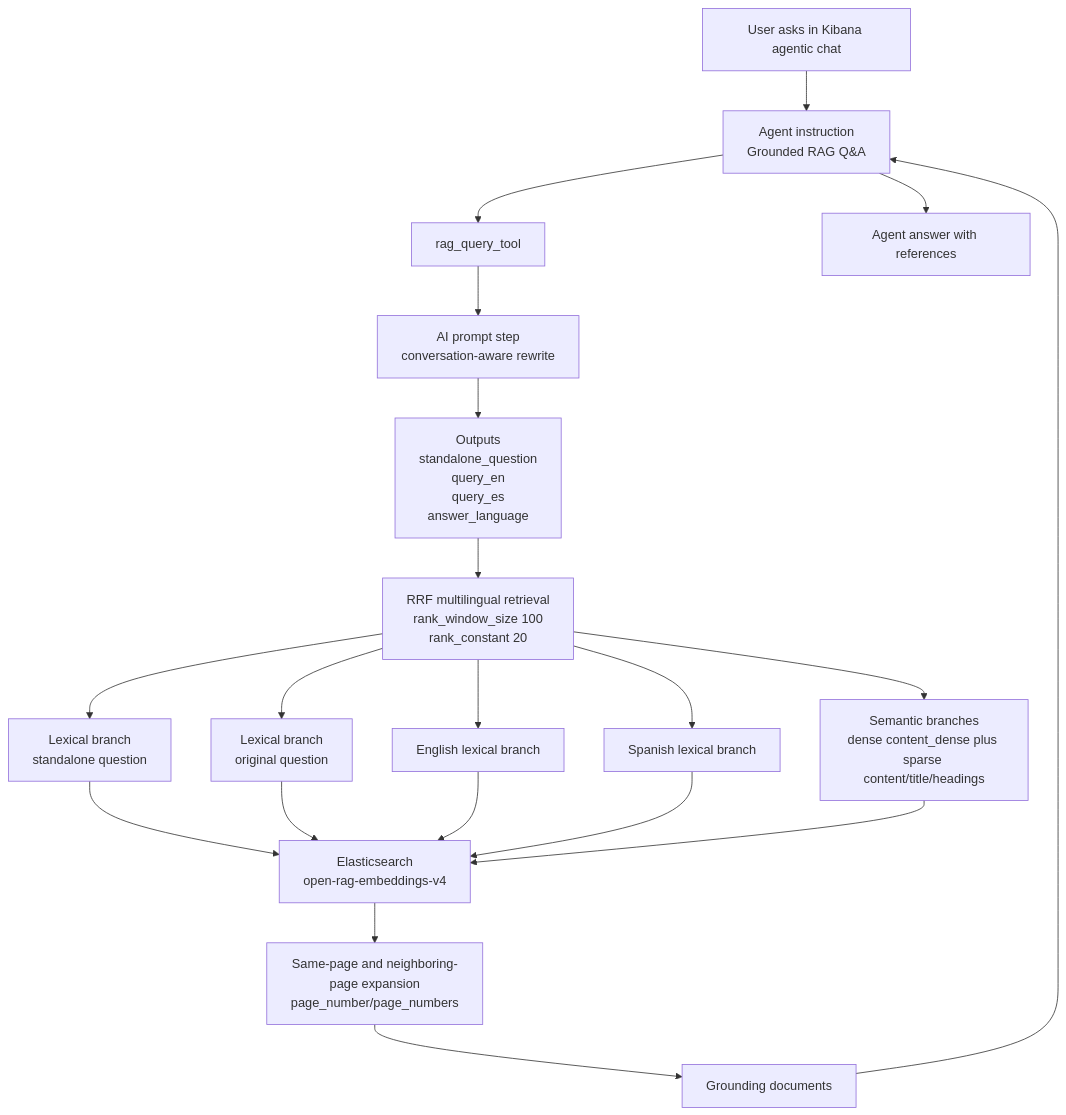
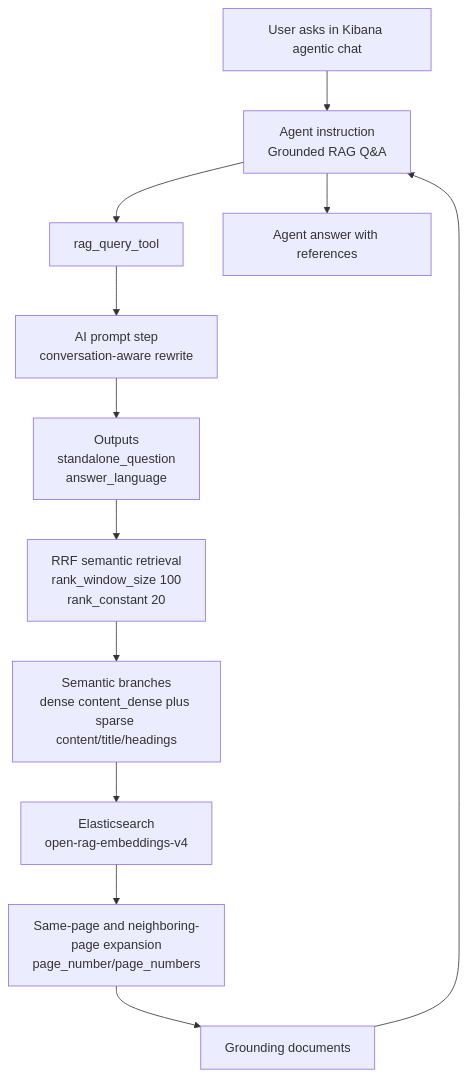
Before and after one commit to alrolo3/ingest-server-orquestator: the third of 3 diagrams in docs/ingest-server-pipeline-workflow.md, drawn with Mermaid. The commit also changed other lines of this file and 128 other files, not shown here.

````diff
--- a/docs/ingest-server-pipeline-workflow.md
+++ b/docs/ingest-server-pipeline-workflow.md
@@ -309,26 +304,18 @@
 ```mermaid
 flowchart TD
     user[User asks in Kibana agentic chat]
     agent[Agent instruction<br/>Grounded RAG Q&A]
     tool[rag_query_tool]
     rewrite[AI prompt step<br/>conversation-aware rewrite]
-    variants[Outputs<br/>standalone_question<br/>query_en<br/>query_es<br/>answer_language]
-    rrf[RRF multilingual retrieval<br/>rank_window_size 100<br/>rank_constant 20]
-    lexical1[Lexical branch<br/>standalone question]
-    lexical2[Lexical branch<br/>original question]
-    lexicalEN[English lexical branch]
-    lexicalES[Spanish lexical branch]
+    variants[Outputs<br/>standalone_question<br/>answer_language]
+    rrf[RRF semantic retrieval<br/>rank_window_size 100<br/>rank_constant 20]
     semantic[Semantic branches<br/>dense content_dense plus sparse content/title/headings]
     es[Elasticsearch<br/>open-rag-embeddings-v4]
     expand[Same-page and neighboring-page expansion<br/>page_number/page_numbers]
     docs[Grounding documents]
     answer[Agent answer with references]
 
     user --> agent --> tool --> rewrite --> variants --> rrf
-    rrf --> lexical1 --> es
-    rrf --> lexical2 --> es
-    rrf --> lexicalEN --> es
-    rrf --> lexicalES --> es
     rrf --> semantic --> es
     es --> expand --> docs --> agent --> answer
 ```
````
